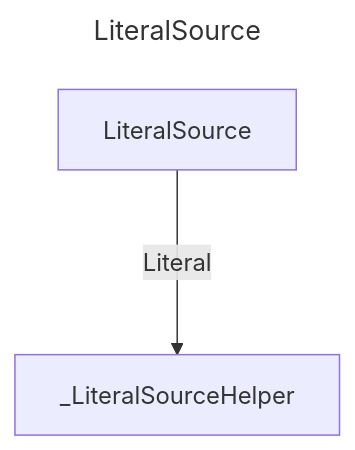
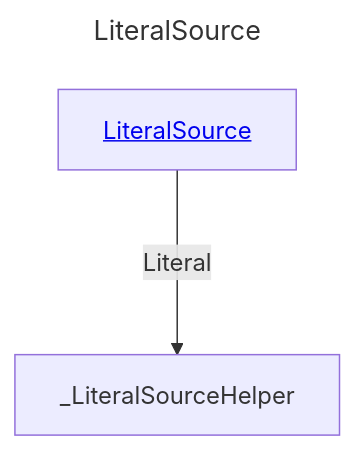
One commit to douglassimonsen/pbi_core changed the diagram in docs/docs/layout/erd/LiteralSource.md. Above: the diagram before and after it, drawn with Mermaid. The commit also changed 76 other files, not shown here.

````diff
--- a/docs/docs/layout/erd/LiteralSource.md
+++ b/docs/docs/layout/erd/LiteralSource.md
@@ -1,9 +1,9 @@
 ```mermaid
 ---
 title: LiteralSource
 ---
 graph 
-2430071816784["LiteralSource"]
-2430071807024["_LiteralSourceHelper"]
-2430071816784 --->|Literal| 2430071807024
+LiteralSource[<a href='/layout/erd/LiteralSource'>LiteralSource</a>]
+_LiteralSourceHelper[_LiteralSourceHelper]
+LiteralSource --->|Literal| _LiteralSourceHelper
 ```
````
